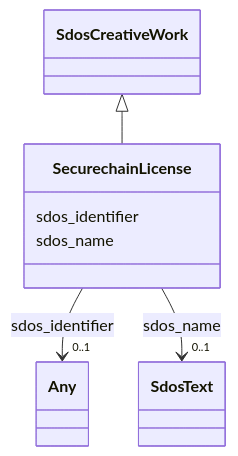
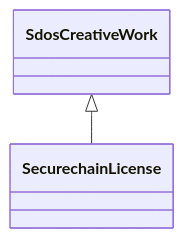
The diagram in secure-chain-kg/classes/SecurechainLicense.md (frink-okn/graph-descriptions), drawn with Mermaid before and after one commit. The commit also changed other lines of this file and 26 other files, not shown here.

````diff
--- a/secure-chain-kg/classes/SecurechainLicense.md
+++ b/secure-chain-kg/classes/SecurechainLicense.md
@@ -18,27 +16,9 @@
 ```mermaid
  classDiagram
     class SecurechainLicense
     click SecurechainLicense href "../SecurechainLicense"
       SdosCreativeWork <|-- SecurechainLicense
         click SdosCreativeWork href "../SdosCreativeWork"
       
-      SecurechainLicense : sdos_identifier
-        
-          
-    
-    
-    SecurechainLicense --> "0..1" Any : sdos_identifier
-    click Any href "../Any"
-
-        
-      SecurechainLicense : sdos_name
-        
-          
-    
-    
-    SecurechainLicense --> "0..1" SdosText : sdos_name
-    click SdosText href "../SdosText"
-
-        
       
 ```
````
